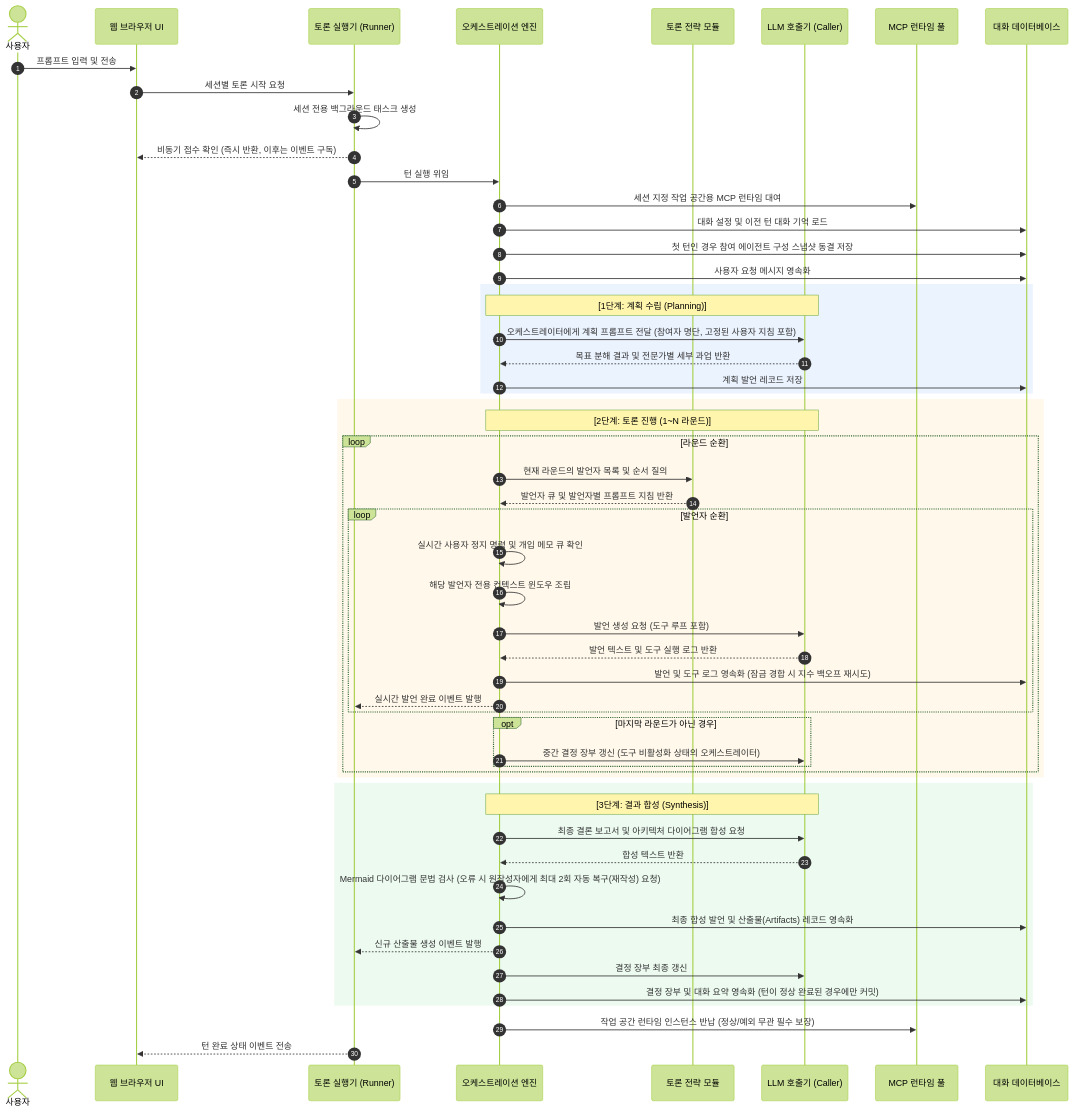
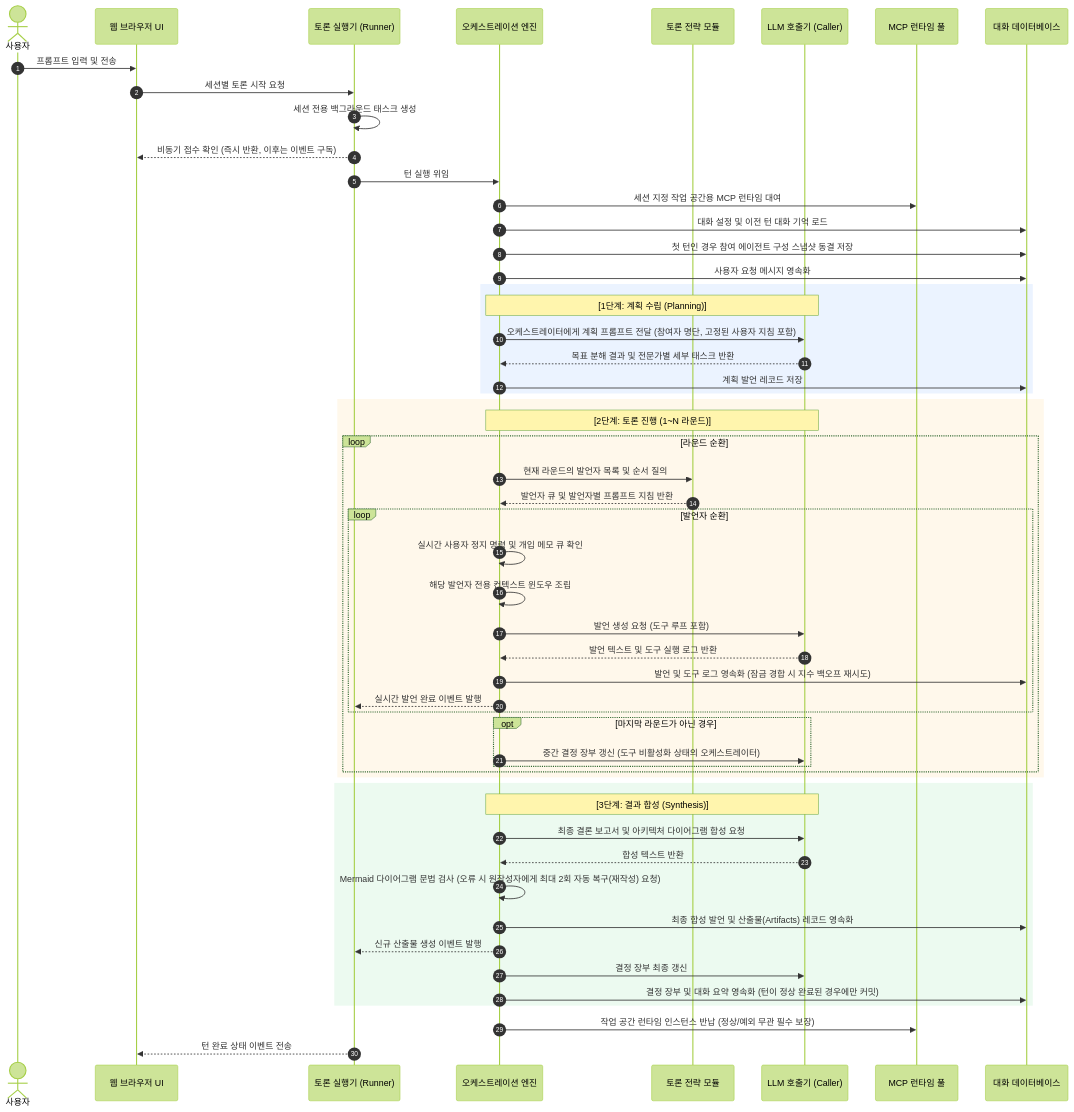
The third of 10 diagrams in lectures/03-architecture/02-dynamic-view.md (HaJaehee/MultiAgentDebateAndOrchestrationPlatform), drawn with Mermaid (forest theme) before and after one commit. The commit also changed other lines of this file and 50 other files, not shown here.

````diff
--- a/lectures/03-architecture/02-dynamic-view.md
+++ b/lectures/03-architecture/02-dynamic-view.md
@@ -84,62 +84,62 @@
 ```mermaid
 sequenceDiagram
     autonumber
     actor U as 사용자
     participant UI as 웹 브라우저 UI
     participant X as 토론 실행기 (Runner)
     participant E as 오케스트레이션 엔진
     participant S as 토론 전략 모듈
     participant L as LLM 호출기 (Caller)
     participant T as MCP 런타임 풀
     participant D as 대화 데이터베이스
 
     U->>UI: 프롬프트 입력 및 전송
     UI->>X: 세션별 토론 시작 요청
     X->>X: 세션 전용 백그라운드 태스크 생성
     X-->>UI: 비동기 접수 확인 (즉시 반환, 이후는 이벤트 구독)
     X->>E: 턴 실행 위임
     E->>T: 세션 지정 작업 공간용 MCP 런타임 대여
     E->>D: 대화 설정 및 이전 턴 대화 기억 로드
     E->>D: 첫 턴인 경우 참여 에이전트 구성 스냅샷 동결 저장
     E->>D: 사용자 요청 메시지 영속화
 
     rect rgb(235, 243, 255)
         Note over E,L: [1단계: 계획 수립 (Planning)]
         E->>L: 오케스트레이터에게 계획 프롬프트 전달 (참여자 명단, 고정된 사용자 지침 포함)
-        L-->>E: 목표 분해 결과 및 전문가별 세부 과업 반환
+        L-->>E: 목표 분해 결과 및 전문가별 세부 태스크 반환
         E->>D: 계획 발언 레코드 저장
     end
 
     rect rgb(255, 248, 235)
         Note over E,L: [2단계: 토론 진행 (1~N 라운드)]
         loop 라운드 순환
             E->>S: 현재 라운드의 발언자 목록 및 순서 질의
             S-->>E: 발언자 큐 및 발언자별 프롬프트 지침 반환
             loop 발언자 순환
                 E->>E: 실시간 사용자 정지 명령 및 개입 메모 큐 확인
                 E->>E: 해당 발언자 전용 컨텍스트 윈도우 조립
                 E->>L: 발언 생성 요청 (도구 루프 포함)
                 L-->>E: 발언 텍스트 및 도구 실행 로그 반환
                 E->>D: 발언 및 도구 로그 영속화 (잠금 경합 시 지수 백오프 재시도)
                 E-->>X: 실시간 발언 완료 이벤트 발행
             end
             opt 마지막 라운드가 아닌 경우
                 E->>L: 중간 결정 장부 갱신 (도구 비활성화 상태의 오케스트레이터)
             end
         end
     end
 
     rect rgb(236, 250, 240)
         Note over E,L: [3단계: 결과 합성 (Synthesis)]
         E->>L: 최종 결론 보고서 및 아키텍처 다이어그램 합성 요청
         L-->>E: 합성 텍스트 반환
         E->>E: Mermaid 다이어그램 문법 검사 (오류 시 원작성자에게 최대 2회 자동 복구(재작성) 요청)
         E->>D: 최종 합성 발언 및 산출물(Artifacts) 레코드 영속화
         E-->>X: 신규 산출물 생성 이벤트 발행
         E->>L: 결정 장부 최종 갱신
         E->>D: 결정 장부 및 대화 요약 영속화 (턴이 정상 완료된 경우에만 커밋)
     end
 
     E->>T: 작업 공간 런타임 인스턴스 반납 (정상/예외 무관 필수 보장)
     X-->>UI: 턴 완료 상태 이벤트 전송
 ```
````
